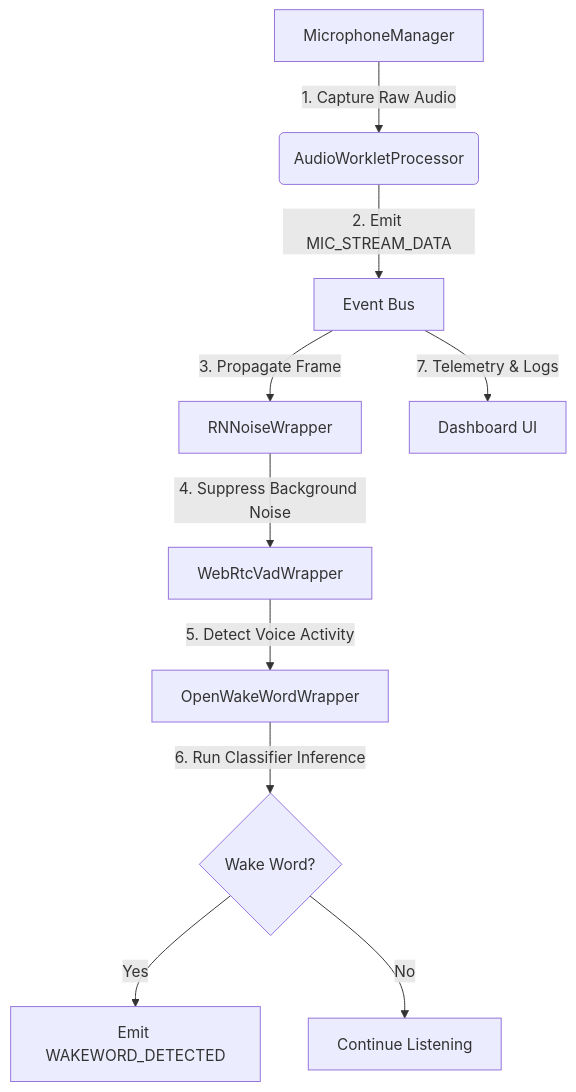
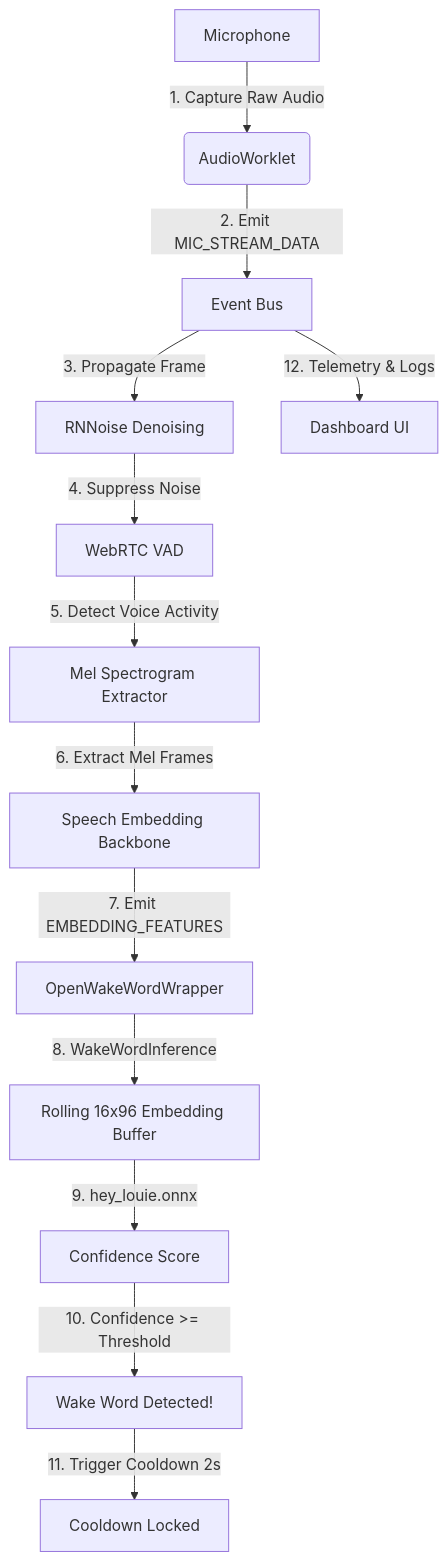
The diagram in README.md (Nikhilreddy1998/Voice_Project), drawn with Mermaid before and after one commit. The commit also changed other lines of this file and 7 other files, not shown here.

````diff
--- a/README.md
+++ b/README.md
@@ -13,12 +14,15 @@
 ```mermaid
 graph TD
-    A[MicrophoneManager] -->|1. Capture Raw Audio| B(AudioWorkletProcessor)
+    A[Microphone] -->|1. Capture Raw Audio| B(AudioWorklet)
     B -->|2. Emit MIC_STREAM_DATA| C[Event Bus]
-    C -->|3. Propagate Frame| D[RNNoiseWrapper]
-    D -->|4. Suppress Background Noise| E[WebRtcVadWrapper]
-    E -->|5. Detect Voice Activity| F[OpenWakeWordWrapper]
-    F -->|6. Run Classifier Inference| G{Wake Word?}
-    G -->|Yes| H[Emit WAKEWORD_DETECTED]
-    G -->|No| I[Continue Listening]
-    C -->|7. Telemetry & Logs| J[Dashboard UI]
+    C -->|3. Propagate Frame| D[RNNoise Denoising]
+    D -->|4. Suppress Noise| E[WebRTC VAD]
+    E -->|5. Detect Voice Activity| F[Mel Spectrogram Extractor]
+    F -->|6. Extract Mel Frames| G[Speech Embedding Backbone]
+    G -->|7. Emit EMBEDDING_FEATURES| H[OpenWakeWordWrapper]
+    H -->|8. WakeWordInference| I[Rolling 16x96 Embedding Buffer]
+    I -->|9. hey_louie.onnx| J[Confidence Score]
+    J -->|10. Confidence >= Threshold| K[Wake Word Detected!]
+    K -->|11. Trigger Cooldown 2s| L[Cooldown Locked]
+    C -->|12. Telemetry & Logs| M[Dashboard UI]
 ```
````
